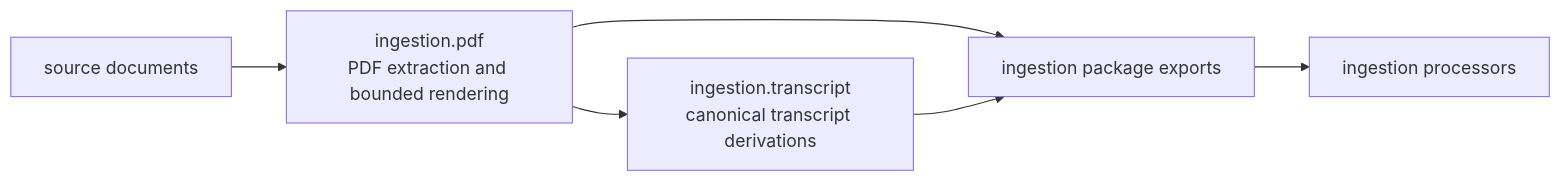
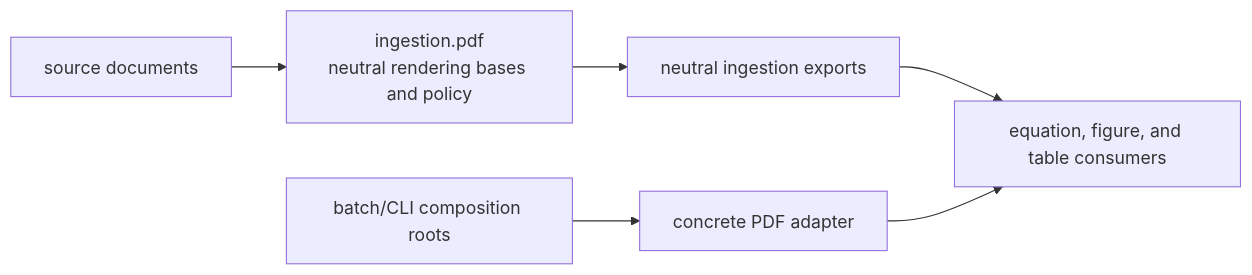
One commit to eragasa/projectkoios-ingestion changed the diagram in docs/architecture/projectkoios/ingestion/schematic.md. Above: the diagram before and after it, drawn with Mermaid. The commit also changed other lines of this file and 74 other files, not shown here.

Commit message:
Document nominal page renderer architecture

````diff
--- a/docs/architecture/projectkoios/ingestion/schematic.md
+++ b/docs/architecture/projectkoios/ingestion/schematic.md
@@ -3,14 +3,15 @@
 ```mermaid
 flowchart LR
     Source["source documents"]
-    Pdf["ingestion.pdf<br/>PDF extraction and bounded rendering"]
-    Transcript["ingestion.transcript<br/>canonical transcript derivations"]
-    Public["ingestion package exports"]
-    Consumers["ingestion processors"]
+    Pdf["ingestion.pdf<br/>neutral rendering bases and policy"]
+    Public["neutral ingestion exports"]
+    Consumers["equation, figure, and table consumers"]
+    Roots["batch/CLI composition roots"]
+    Adapter["concrete PDF adapter"]
 
     Source --> Pdf
-    Pdf --> Transcript
     Pdf --> Public
-    Transcript --> Public
     Public --> Consumers
+    Roots --> Adapter
+    Adapter --> Consumers
 ```
````
